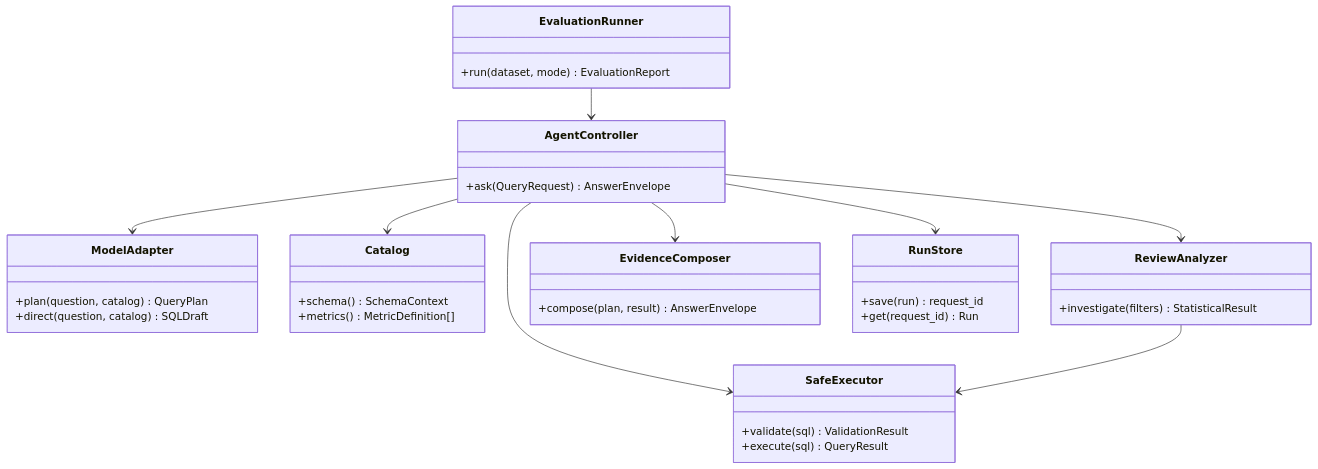
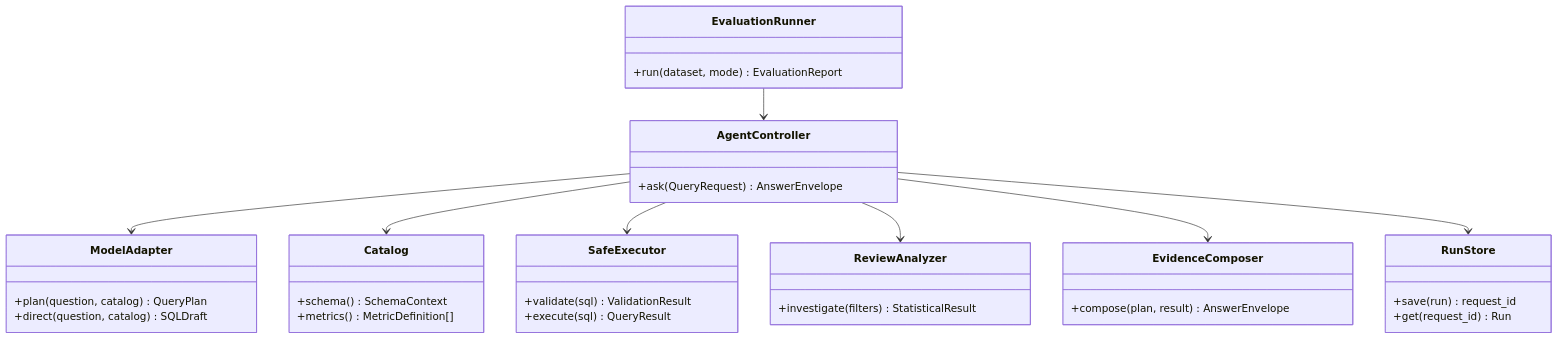
Before and after one commit to Romanticjojo/ecommerce-operations-agent: the first of 4 diagrams in docs/architecture.md, drawn with Mermaid. The commit also changed other lines of this file and 42 other files, not shown here.

````diff
--- a/docs/architecture.md
+++ b/docs/architecture.md
@@ -7,39 +7,38 @@
 ```mermaid
 classDiagram
     class AgentController {
         +ask(QueryRequest) AnswerEnvelope
     }
     class ModelAdapter {
         +plan(question, catalog) QueryPlan
         +direct(question, catalog) SQLDraft
     }
     class Catalog {
         +schema() SchemaContext
         +metrics() MetricDefinition[]
     }
     class SafeExecutor {
         +validate(sql) ValidationResult
         +execute(sql) QueryResult
     }
     class ReviewAnalyzer {
         +investigate(filters) StatisticalResult
     }
     class EvidenceComposer {
         +compose(plan, result) AnswerEnvelope
     }
     class RunStore {
         +save(run) request_id
         +get(request_id) Run
     }
     class EvaluationRunner {
         +run(dataset, mode) EvaluationReport
     }
     AgentController --> ModelAdapter
     AgentController --> Catalog
     AgentController --> SafeExecutor
     AgentController --> ReviewAnalyzer
     AgentController --> EvidenceComposer
     AgentController --> RunStore
-    ReviewAnalyzer --> SafeExecutor
     EvaluationRunner --> AgentController
 ```
````
